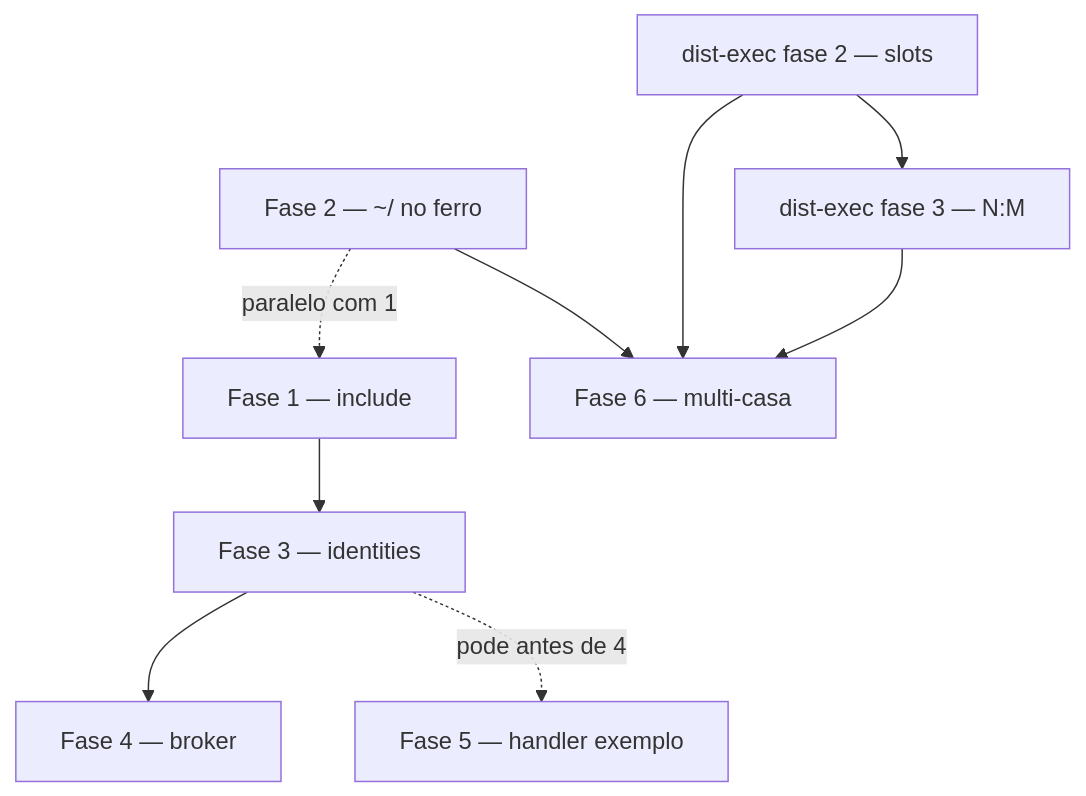
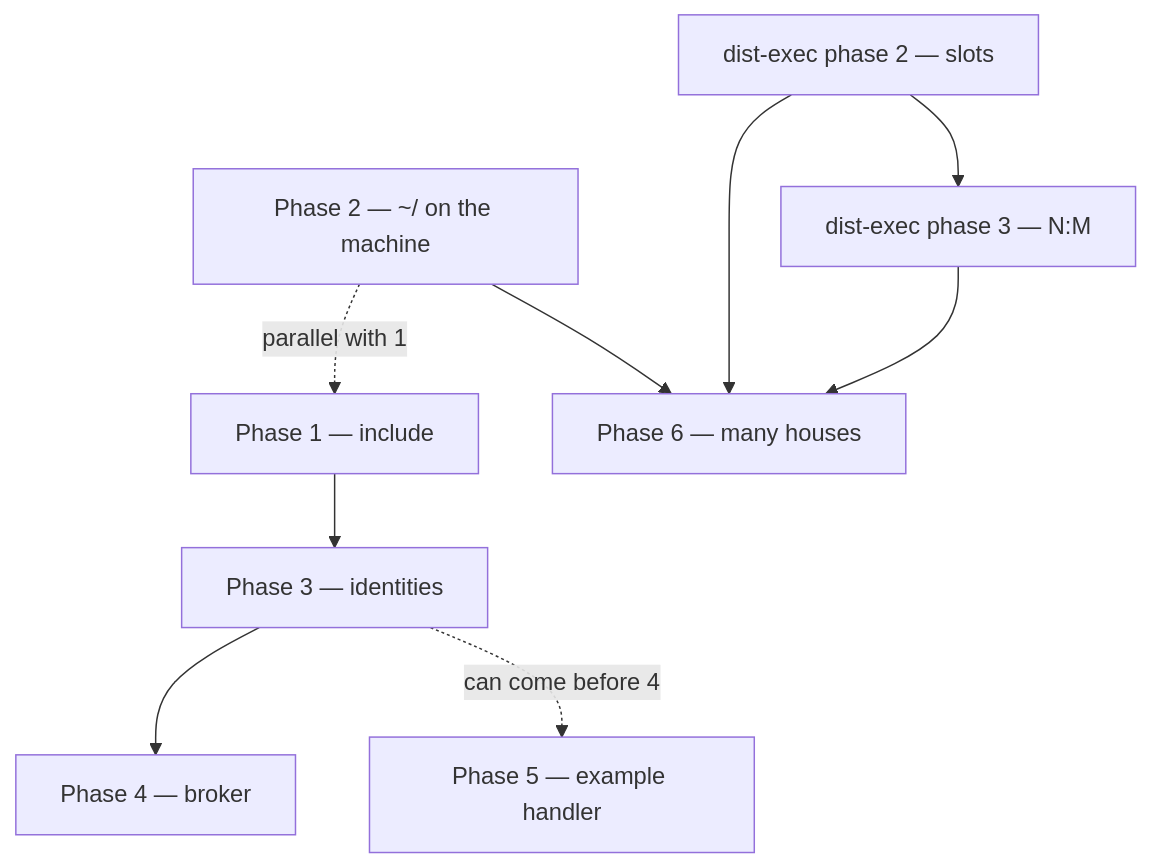
The diagram in docs/internal/house-fleet-implementation.md (This-Is-NPC/omashiki), drawn with Mermaid before and after one commit. The commit also changed other lines of this file, not shown here.

````diff
--- a/docs/internal/house-fleet-implementation.md
+++ b/docs/internal/house-fleet-implementation.md
@@ -39,20 +41,20 @@
 ```mermaid
 flowchart TD
-  P1[Fase 1 — include]
-  P2[Fase 2 — ~/ no ferro]
-  P3[Fase 3 — identities]
-  P4[Fase 4 — broker]
-  P5[Fase 5 — handler exemplo]
-  P6[Fase 6 — multi-casa]
-  DE2[dist-exec fase 2 — slots]
-  DE3[dist-exec fase 3 — N:M]
+  P1[Phase 1 — include]
+  P2[Phase 2 — ~/ on the machine]
+  P3[Phase 3 — identities]
+  P4[Phase 4 — broker]
+  P5[Phase 5 — example handler]
+  P6[Phase 6 — many houses]
+  DE2[dist-exec phase 2 — slots]
+  DE3[dist-exec phase 3 — N:M]
 
   P1 --> P3
-  P2 -.->|paralelo com 1| P1
+  P2 -.->|parallel with 1| P1
   P3 --> P4
-  P3 -.->|pode antes de 4| P5
+  P3 -.->|can come before 4| P5
   P2 --> P6
   DE2 --> DE3
   DE2 --> P6
   DE3 --> P6
 ```
````
